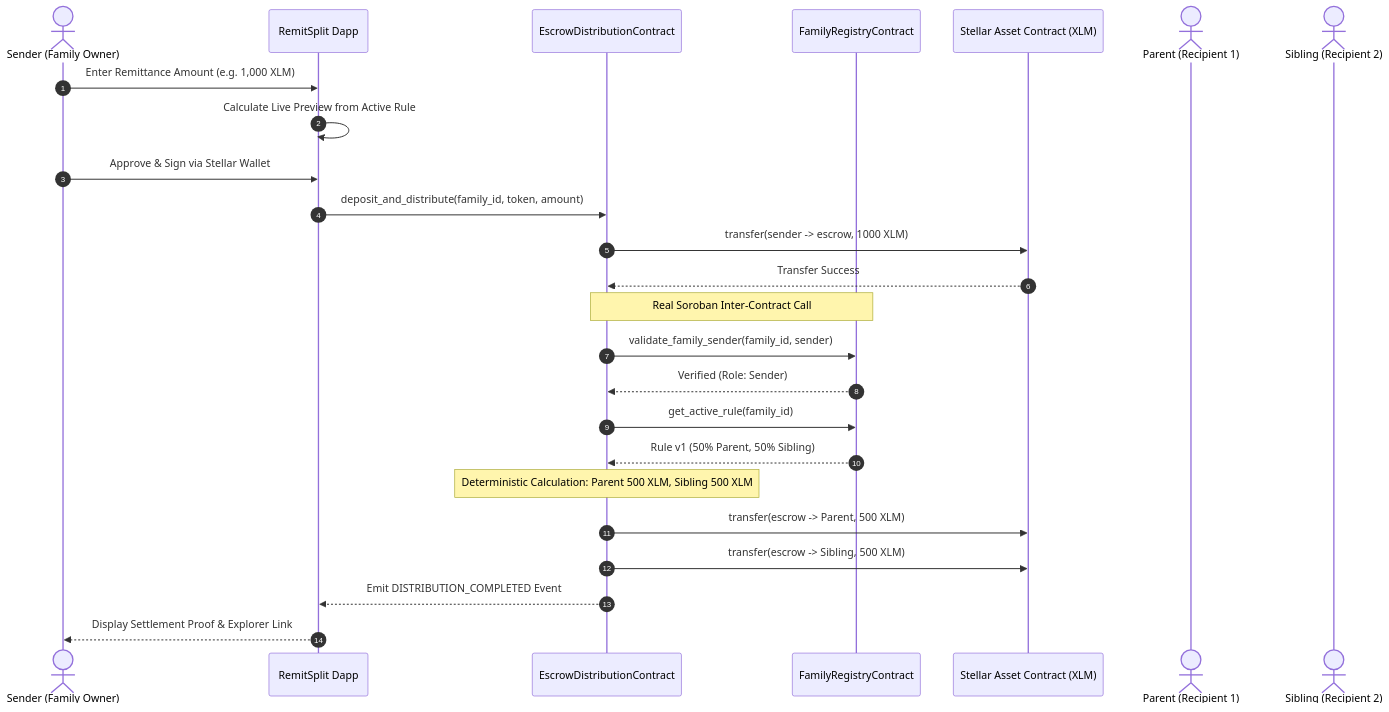
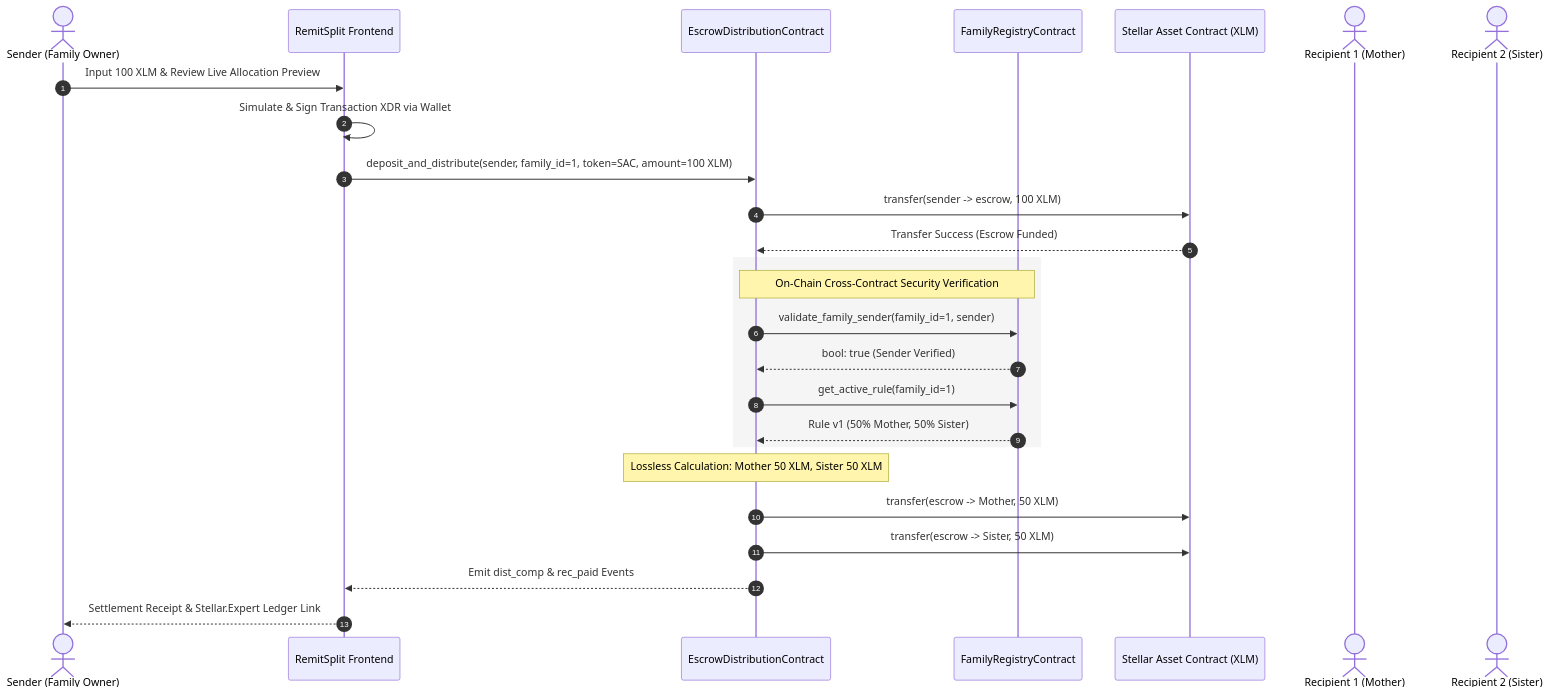
One commit to Zulekha01/RemitSplit changed the third of 4 diagrams in README.md. Above: the diagram before and after it, drawn with Mermaid. The commit also changed other lines of this file, not shown here.

Commit message:
docs(readme): restructure documentation with comprehensive architecture, sequence diagrams, and protocol specifications

````diff
--- a/README.md
+++ b/README.md
@@ -69,28 +133,31 @@
 ```mermaid
 sequenceDiagram
     autonumber
     actor Sender as Sender (Family Owner)
-    participant UI as RemitSplit Dapp
-    participant Escrow as EscrowDistributionContract
-    participant Registry as FamilyRegistryContract
-    participant Token as Stellar Asset Contract (XLM)
-    actor Parent as Parent (Recipient 1)
-    actor Sibling as Sibling (Recipient 2)
+    participant DAPP as RemitSplit Frontend
+    participant ED as EscrowDistributionContract
+    participant FR as FamilyRegistryContract
+    participant SAC as Stellar Asset Contract (XLM)
+    actor R1 as Recipient 1 (Mother)
+    actor R2 as Recipient 2 (Sister)
 
-    Sender->>UI: Enter Remittance Amount (e.g. 1,000 XLM)
-    UI->>UI: Calculate Live Preview from Active Rule
-    Sender->>UI: Approve & Sign via Stellar Wallet
-    UI->>Escrow: deposit_and_distribute(family_id, token, amount)
-    Escrow->>Token: transfer(sender -> escrow, 1000 XLM)
-    Token-->>Escrow: Transfer Success
-    Note over Escrow,Registry: Real Soroban Inter-Contract Call
-    Escrow->>Registry: validate_family_sender(family_id, sender)
-    Registry-->>Escrow: Verified (Role: Sender)
-    Escrow->>Registry: get_active_rule(family_id)
-    Registry-->>Escrow: Rule v1 (50% Parent, 50% Sibling)
-    Note over Escrow: Deterministic Calculation: Parent 500 XLM, Sibling 500 XLM
-    Escrow->>Token: transfer(escrow -> Parent, 500 XLM)
-    Escrow->>Token: transfer(escrow -> Sibling, 500 XLM)
-    Escrow-->>UI: Emit DISTRIBUTION_COMPLETED Event
-    UI-->>Sender: Display Settlement Proof & Explorer Link
+    Sender->>DAPP: Input 100 XLM & Review Live Allocation Preview
+    DAPP->>DAPP: Simulate & Sign Transaction XDR via Wallet
+    DAPP->>ED: deposit_and_distribute(sender, family_id=1, token=SAC, amount=100 XLM)
+    ED->>SAC: transfer(sender -> escrow, 100 XLM)
+    SAC-->>ED: Transfer Success (Escrow Funded)
+    
+    rect rgb(245, 245, 245)
+        Note over ED,FR: On-Chain Cross-Contract Security Verification
+        ED->>FR: validate_family_sender(family_id=1, sender)
+        FR-->>ED: bool: true (Sender Verified)
+        ED->>FR: get_active_rule(family_id=1)
+        FR-->>ED: Rule v1 (50% Mother, 50% Sister)
+    end
+
+    Note over ED: Lossless Calculation: Mother 50 XLM, Sister 50 XLM
+    ED->>SAC: transfer(escrow -> Mother, 50 XLM)
+    ED->>SAC: transfer(escrow -> Sister, 50 XLM)
+    ED-->>DAPP: Emit dist_comp & rec_paid Events
+    DAPP-->>Sender: Settlement Receipt & Stellar.Expert Ledger Link
 ```
````
